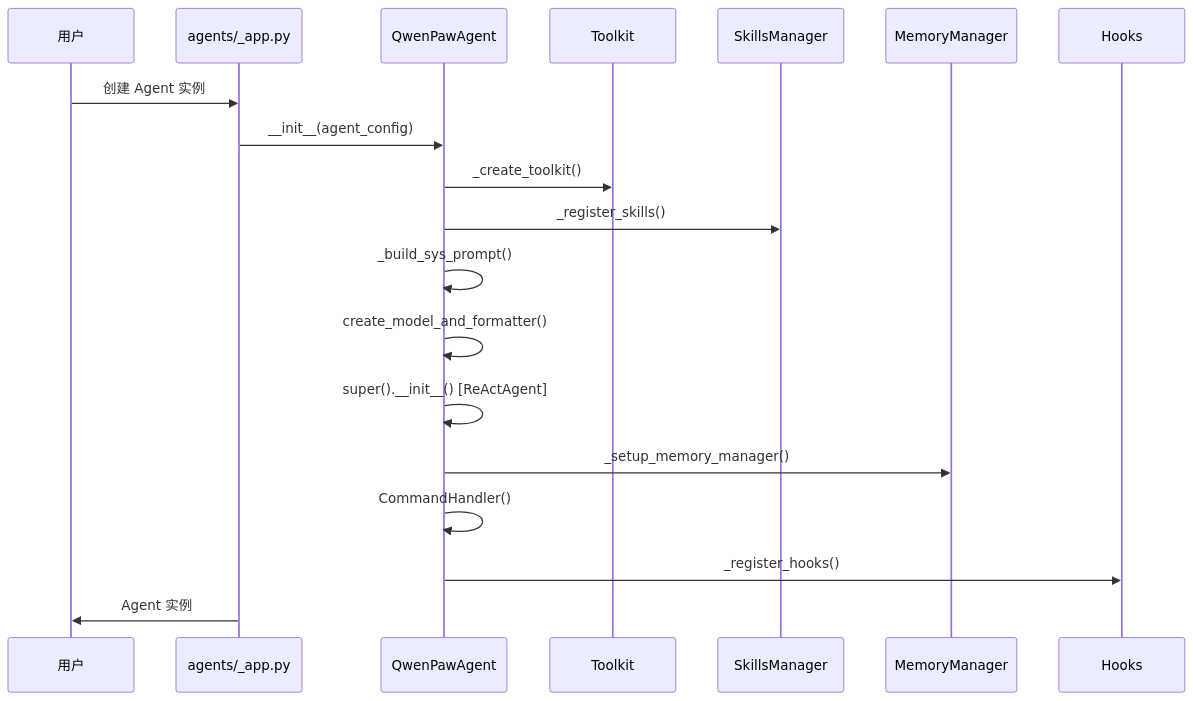
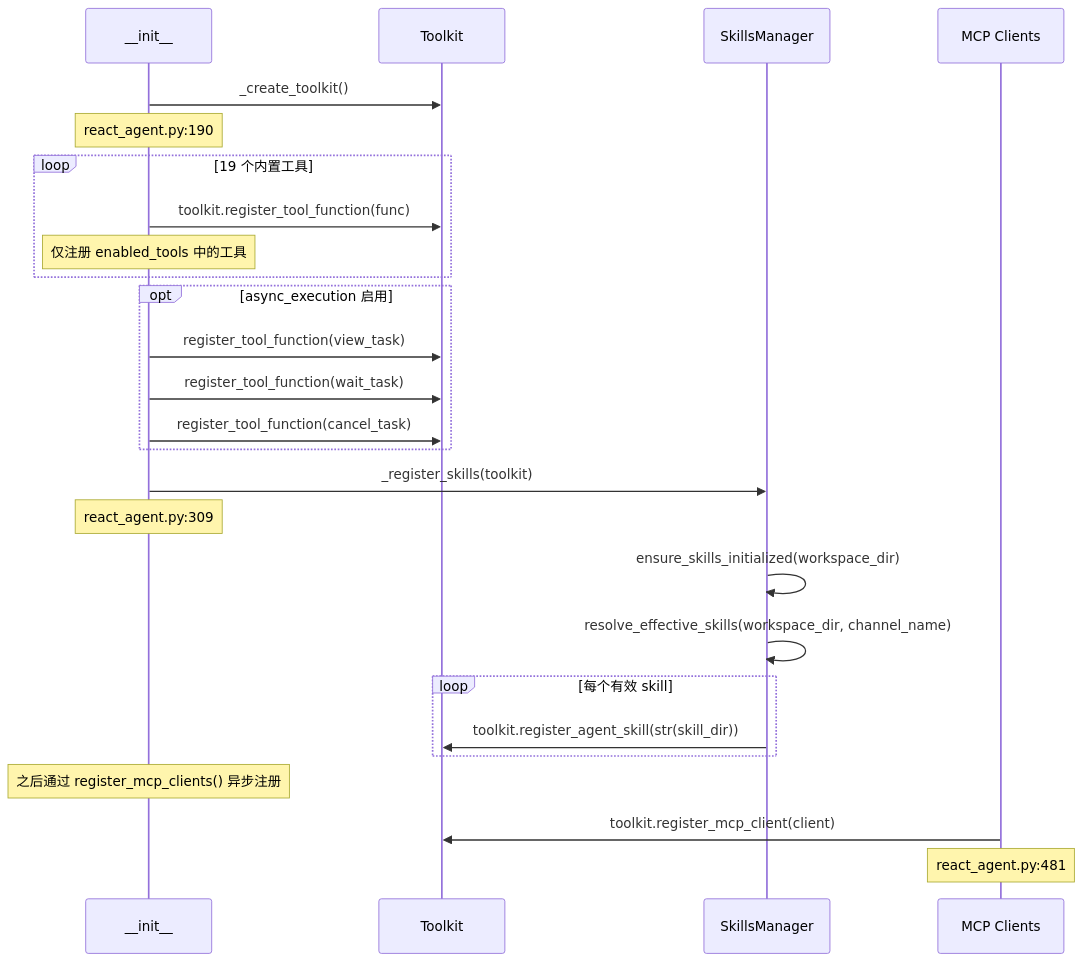
The fifth of 5 diagrams in teaching/level-3-agent-core/18-智能体架构.md (nadav-cheung/QwenPaw), drawn with Mermaid before and after one commit. The commit also changed other lines of this file and 266 other files, not shown here.

````diff
--- a/teaching/level-3-agent-core/18-智能体架构.md
+++ b/teaching/level-3-agent-core/18-智能体架构.md
@@ -369,22 +342,31 @@
 ```mermaid
 sequenceDiagram
-    participant User as 用户
-    participant App as agents/_app.py
-    participant Agent as QwenPawAgent
-    participant Toolkit as Toolkit
+    participant Init as __init__
+    participant TK as Toolkit
     participant Skills as SkillsManager
-    participant Memory as MemoryManager
-    participant Hooks as Hooks
+    participant MCP as MCP Clients
 
-    User->>App: 创建 Agent 实例
-    App->>Agent: __init__(agent_config)
-    Agent->>Toolkit: _create_toolkit()
-    Agent->>Skills: _register_skills()
-    Agent->>Agent: _build_sys_prompt()
-    Agent->>Agent: create_model_and_formatter()
-    Agent->>Agent: super().__init__() [ReActAgent]
-    Agent->>Memory: _setup_memory_manager()
-    Agent->>Agent: CommandHandler()
-    Agent->>Hooks: _register_hooks()
-    App->>User: Agent 实例
+    Init->>TK: _create_toolkit()
+    Note over Init: react_agent.py:190
+    loop 19 个内置工具
+        Init->>TK: toolkit.register_tool_function(func)
+        Note over Init: 仅注册 enabled_tools 中的工具
+    end
+    opt async_execution 启用
+        Init->>TK: register_tool_function(view_task)
+        Init->>TK: register_tool_function(wait_task)
+        Init->>TK: register_tool_function(cancel_task)
+    end
+
+    Init->>Skills: _register_skills(toolkit)
+    Note over Init: react_agent.py:309
+    Skills->>Skills: ensure_skills_initialized(workspace_dir)
+    Skills->>Skills: resolve_effective_skills(workspace_dir, channel_name)
+    loop 每个有效 skill
+        Skills->>TK: toolkit.register_agent_skill(str(skill_dir))
+    end
+
+    Note over Init: 之后通过 register_mcp_clients() 异步注册
+    MCP->>TK: toolkit.register_mcp_client(client)
+    Note over MCP: react_agent.py:481
 ```
````
